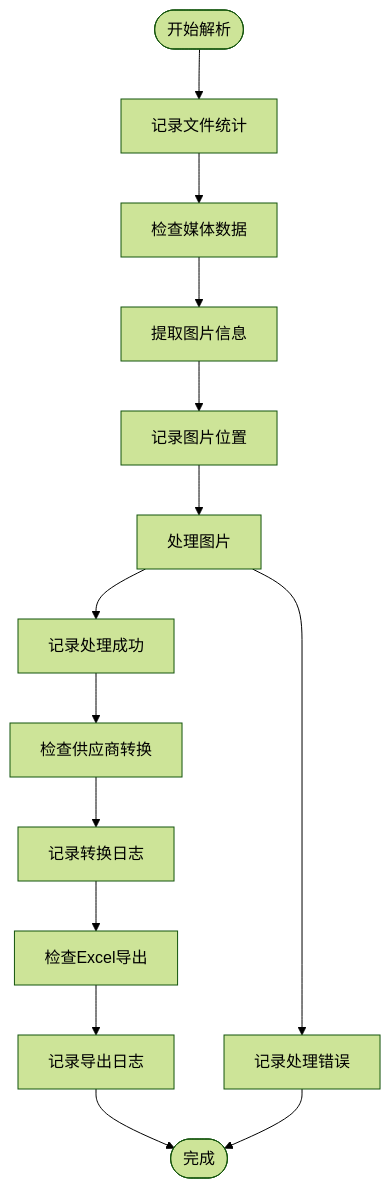
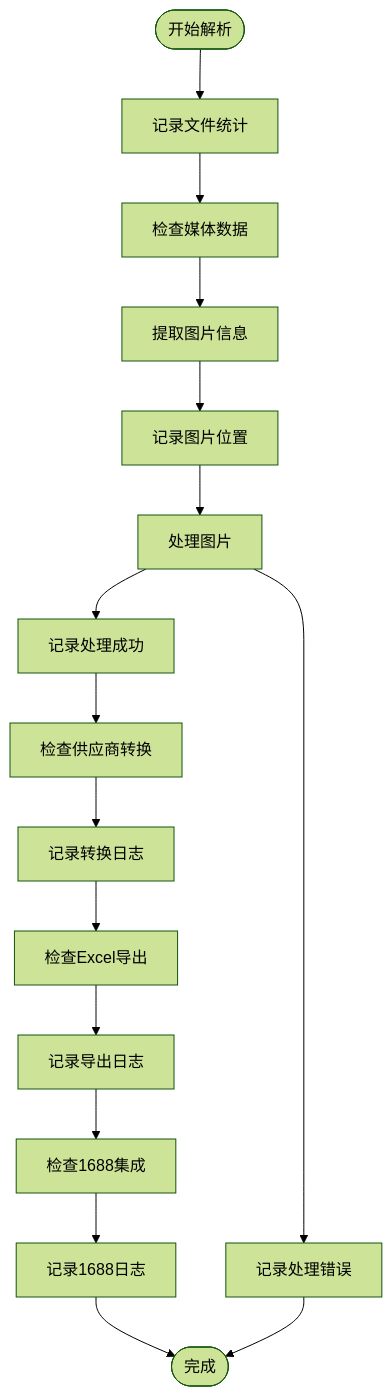
Before and after one commit to three3638-arch/celestia_2b: diagram 14 of 17 in .qoder/repowiki/zh/content/Excel Import System.md, drawn with Mermaid (forest theme). The commit also changed other lines of this file and 8 other files, not shown here.

````diff
--- a/.qoder/repowiki/zh/content/Excel Import System.md
+++ b/.qoder/repowiki/zh/content/Excel Import System.md
@@ -607,16 +856,18 @@
 ```mermaid
 flowchart TD
 Start([开始解析]) --> FileStats[记录文件统计]
 FileStats --> MediaCheck[检查媒体数据]
 MediaCheck --> ImageExtract[提取图片信息]
 ImageExtract --> PositionLog[记录图片位置]
 PositionLog --> Processing[处理图片]
 Processing --> Success[记录处理成功]
 Processing --> Error[记录处理错误]
 Success --> SupplierCheck[检查供应商转换]
 SupplierCheck --> SupplierLog[记录转换日志]
 SupplierLog --> ExportCheck[检查Excel导出]
 ExportCheck --> ExportLog[记录导出日志]
-ExportLog --> End([完成])
+ExportLog --> Ali1688Check[检查1688集成]
+Ali1688Check --> Ali1688Log[记录1688日志]
+Ali1688Log --> End([完成])
 Error --> End
 ```
````
